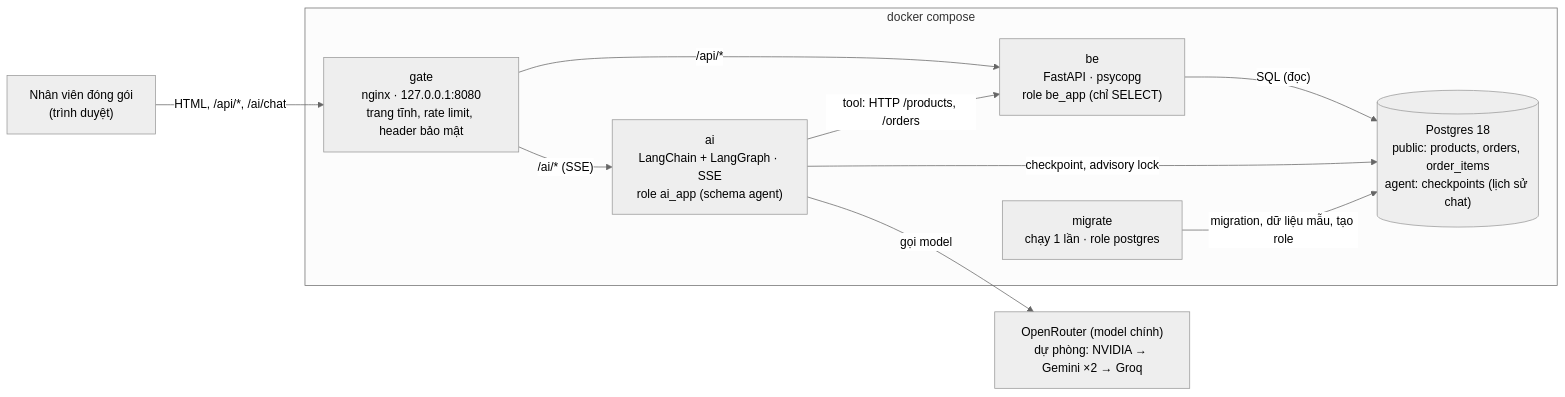
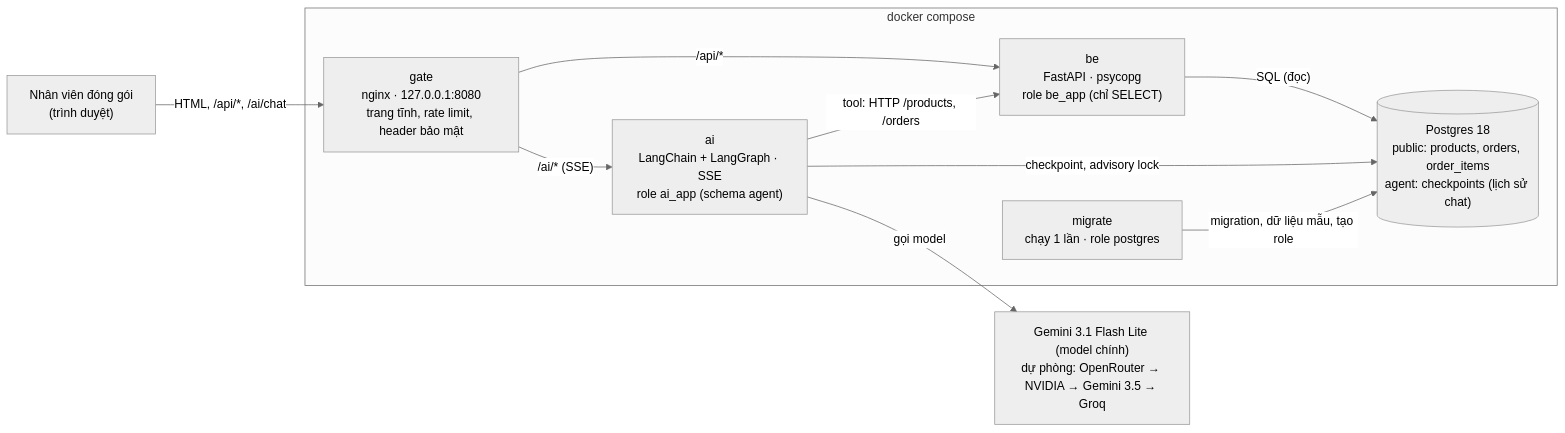
Before and after one commit to vu-wspace/barcode_chatbot: the first of 5 diagrams in README.md, drawn with Mermaid (neutral theme). The commit also changed other lines of this file and 9 other files, not shown here.

````diff
--- a/README.md
+++ b/README.md
@@ -55,23 +55,23 @@
 ```mermaid
 flowchart LR
     U["Nhân viên đóng gói<br/>(trình duyệt)"]
 
     subgraph Docker["docker compose"]
         G["gate<br/>nginx · 127.0.0.1:8080<br/>trang tĩnh, rate limit, header bảo mật"]
         BE["be<br/>FastAPI · psycopg<br/>role be_app (chỉ SELECT)"]
         AI["ai<br/>LangChain + LangGraph · SSE<br/>role ai_app (schema agent)"]
         M["migrate<br/>chạy 1 lần · role postgres"]
         DB[("Postgres 18<br/>public: products, orders, order_items<br/>agent: checkpoints (lịch sử chat)")]
     end
 
-    LLM["OpenRouter (model chính)<br/>dự phòng: NVIDIA → Gemini ×2 → Groq"]
+    LLM["Gemini 3.1 Flash Lite (model chính)<br/>dự phòng: OpenRouter → NVIDIA → Gemini 3.5 → Groq"]
 
     U -- "HTML, /api/*, /ai/chat" --> G
     G -- "/api/*" --> BE
     G -- "/ai/* (SSE)" --> AI
     BE -- "SQL (đọc)" --> DB
     AI -- "tool: HTTP /products, /orders" --> BE
     AI -- "checkpoint, advisory lock" --> DB
     AI -- "gọi model" --> LLM
     M -- "migration, dữ liệu mẫu, tạo role" --> DB
 ```
````
